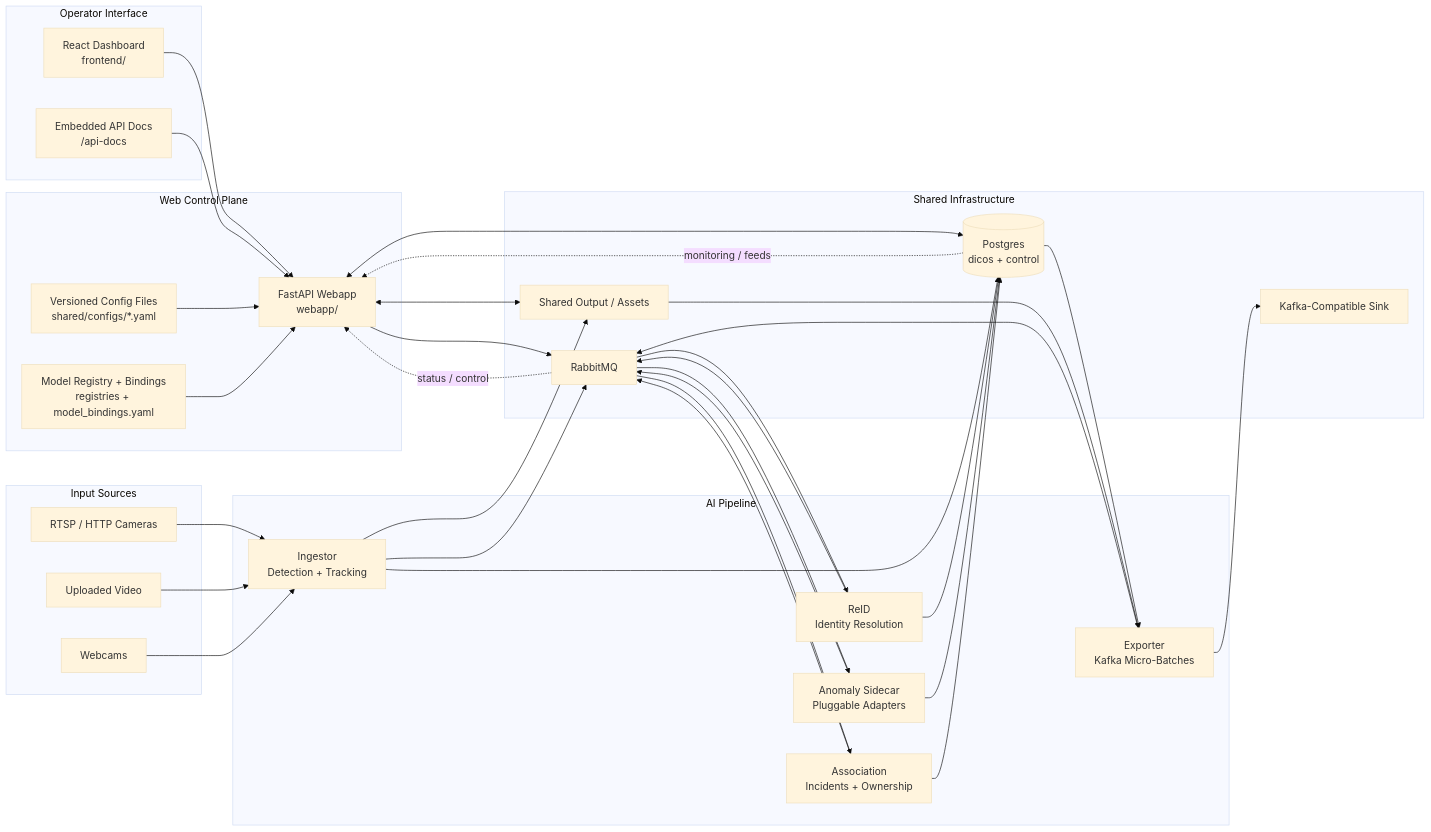
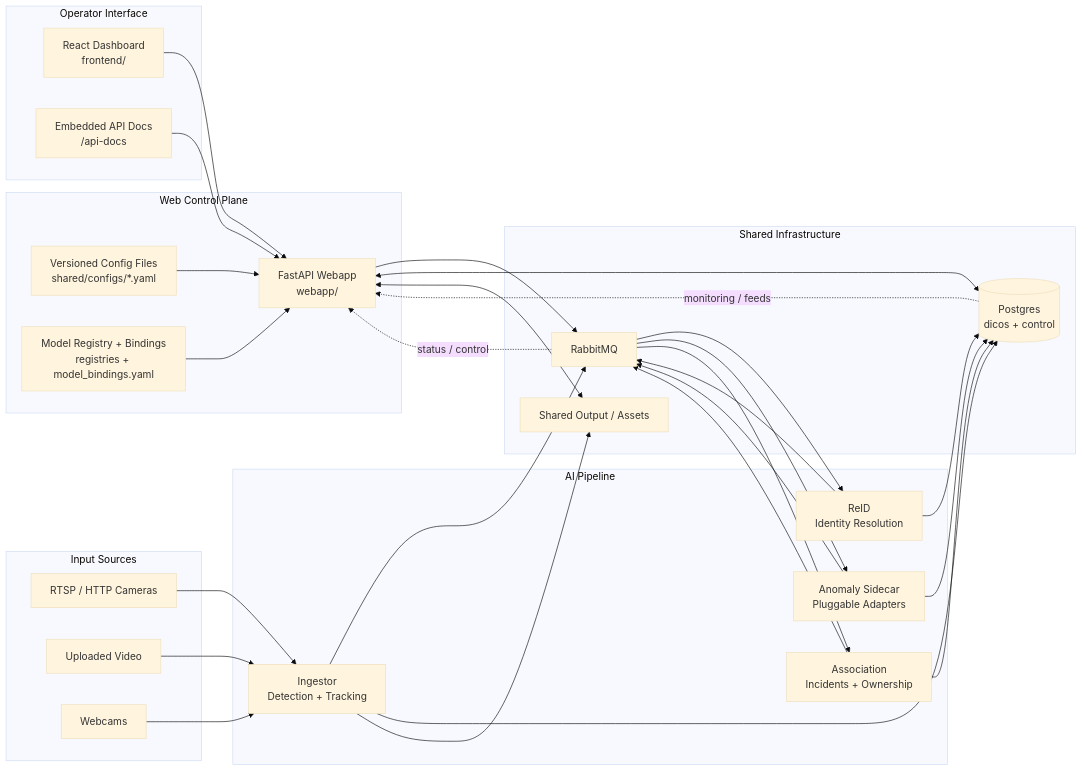
Before and after one commit to lauretta-io/hearthlight: the first of 2 diagrams in docs/architecture.md, drawn with Mermaid (base theme). The commit also changed other lines of this file and 50 other files, not shown here.

````diff
--- a/docs/architecture.md
+++ b/docs/architecture.md
@@ -29,68 +24,61 @@
 ```mermaid
 flowchart LR
     subgraph Operators["Operator Interface"]
         UI["React Dashboard<br/>frontend/"]
         API_DOCS["Embedded API Docs<br/>/api-docs"]
     end
 
     subgraph Control["Web Control Plane"]
         WEBAPP["FastAPI Webapp<br/>webapp/"]
         CFG["Versioned Config Files<br/>shared/configs/*.yaml"]
         REG["Model Registry + Bindings<br/>registries + model_bindings.yaml"]
     end
 
     subgraph Inputs["Input Sources"]
         CAM["RTSP / HTTP Cameras"]
         VID["Uploaded Video"]
         WC["Webcams"]
     end
 
     subgraph Pipeline["AI Pipeline"]
         ING["Ingestor<br/>Detection + Tracking"]
         REID["ReID<br/>Identity Resolution"]
         ANOM["Anomaly Sidecar<br/>Pluggable Adapters"]
         ASSOC["Association<br/>Incidents + Ownership"]
-        EXP["Exporter<br/>Kafka Micro-Batches"]
     end
 
     subgraph Infra["Shared Infrastructure"]
         MQ["RabbitMQ"]
         DB[("Postgres<br/>dicos + control")]
         SHARED["Shared Output / Assets"]
-        KAFKA["Kafka-Compatible Sink"]
     end
 
     UI --> WEBAPP
     API_DOCS --> WEBAPP
     CFG --> WEBAPP
     REG --> WEBAPP
     WEBAPP --> MQ
     WEBAPP <--> DB
     WEBAPP <--> SHARED
 
     CAM --> ING
     VID --> ING
     WC --> ING
 
     ING --> MQ
     ING --> DB
     ING --> SHARED
 
     MQ --> REID
     MQ --> ANOM
     MQ --> ASSOC
     REID --> MQ
     REID --> DB
     ANOM --> MQ
     ANOM --> DB
     ASSOC --> DB
     ASSOC --> MQ
 
-    DB --> EXP
-    SHARED --> EXP
-    EXP --> KAFKA
-    EXP --> MQ
-
     MQ -. status / control .-> WEBAPP
     DB -. monitoring / feeds .-> WEBAPP
 ```
````
